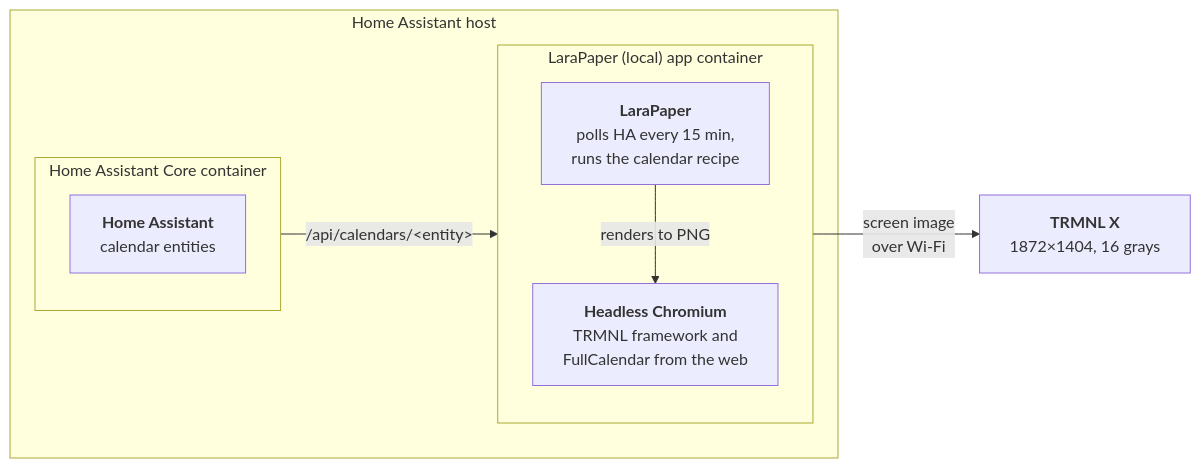
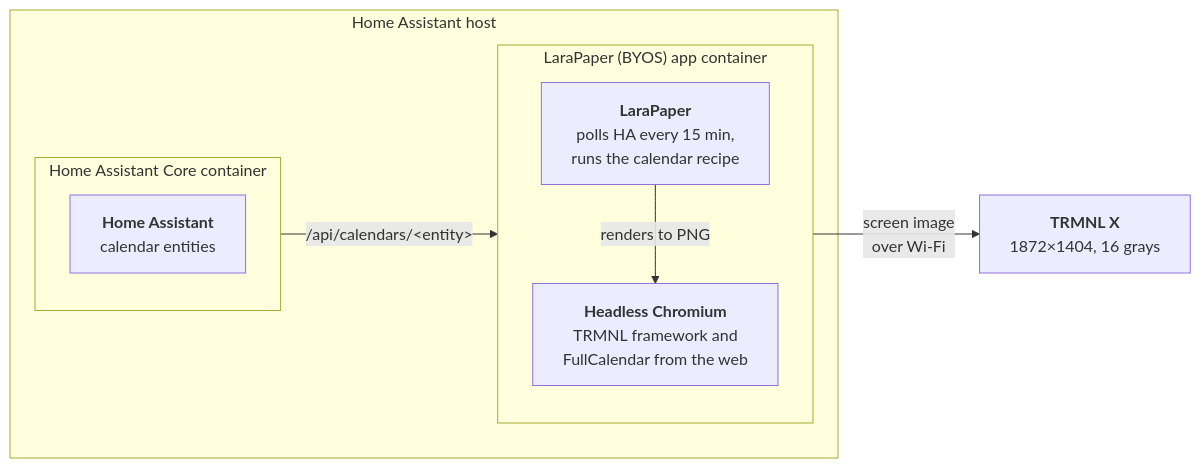
Before and after one commit to BartSchuurmans/trmnl-rolling-month-calendar: the diagram in LARAPAPER.md, drawn with Mermaid. The commit also changed other lines of this file and 6 other files, not shown here.

First line of the commit message:
Retire the LaraPaper (local) app in favour of the official add-on

````diff
--- a/LARAPAPER.md
+++ b/LARAPAPER.md
@@ -18,16 +16,16 @@
 ```mermaid
 flowchart LR
     subgraph host["Home Assistant host"]
         subgraph core["Home Assistant Core container"]
             HA["<b>Home Assistant</b><br>calendar entities"]
         end
-        subgraph app["LaraPaper (local) app container"]
+        subgraph app["LaraPaper (BYOS) app container"]
             LP["<b>LaraPaper</b><br>polls HA every 15 min,<br>runs the calendar recipe"]
             CR["<b>Headless Chromium</b><br>TRMNL framework and<br>FullCalendar from the web"]
             LP -- "renders to PNG" --> CR
         end
         core -- "/api/calendars/&lt;entity&gt;" --> app
     end
     X["<b>TRMNL X</b><br>1872×1404, 16 grays"]
     app -- "screen image<br>over Wi-Fi" --> X
 ```
````
